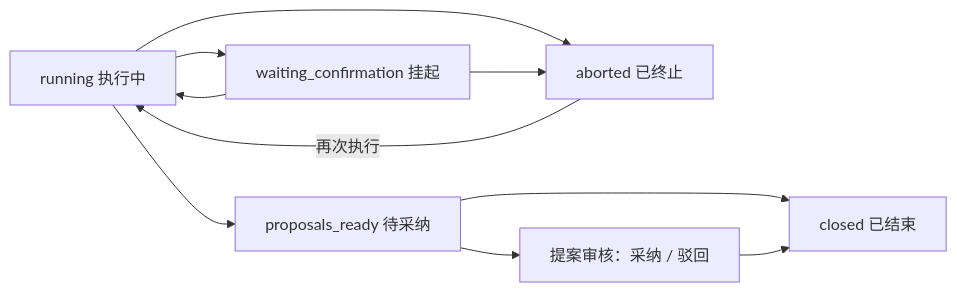
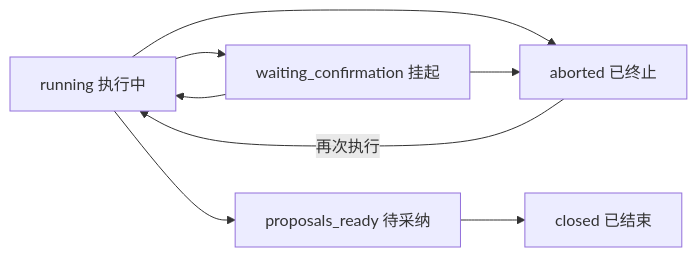
One commit to XiaoMiSum/robotest changed the first of 2 diagrams in docs/05-interaction-design/07-ai-capability/03-ai-task-ui.md. Above: the diagram before and after it, drawn with Mermaid. The commit also changed other lines of this file and 8 other files, not shown here.

````diff
--- a/docs/05-interaction-design/07-ai-capability/03-ai-task-ui.md
+++ b/docs/05-interaction-design/07-ai-capability/03-ai-task-ui.md
@@ -145,12 +121,10 @@
 ```mermaid
 flowchart LR
   R[running 执行中] --> W[waiting_confirmation 挂起]
   W --> R
   R --> P[proposals_ready 待采纳]
   R --> A[aborted 已终止]
   W --> A
   A -- 再次执行 --> R
-  P --> S[提案审核：采纳 / 驳回]
   P --> C[closed 已结束]
-  S --> C
 ```
````
